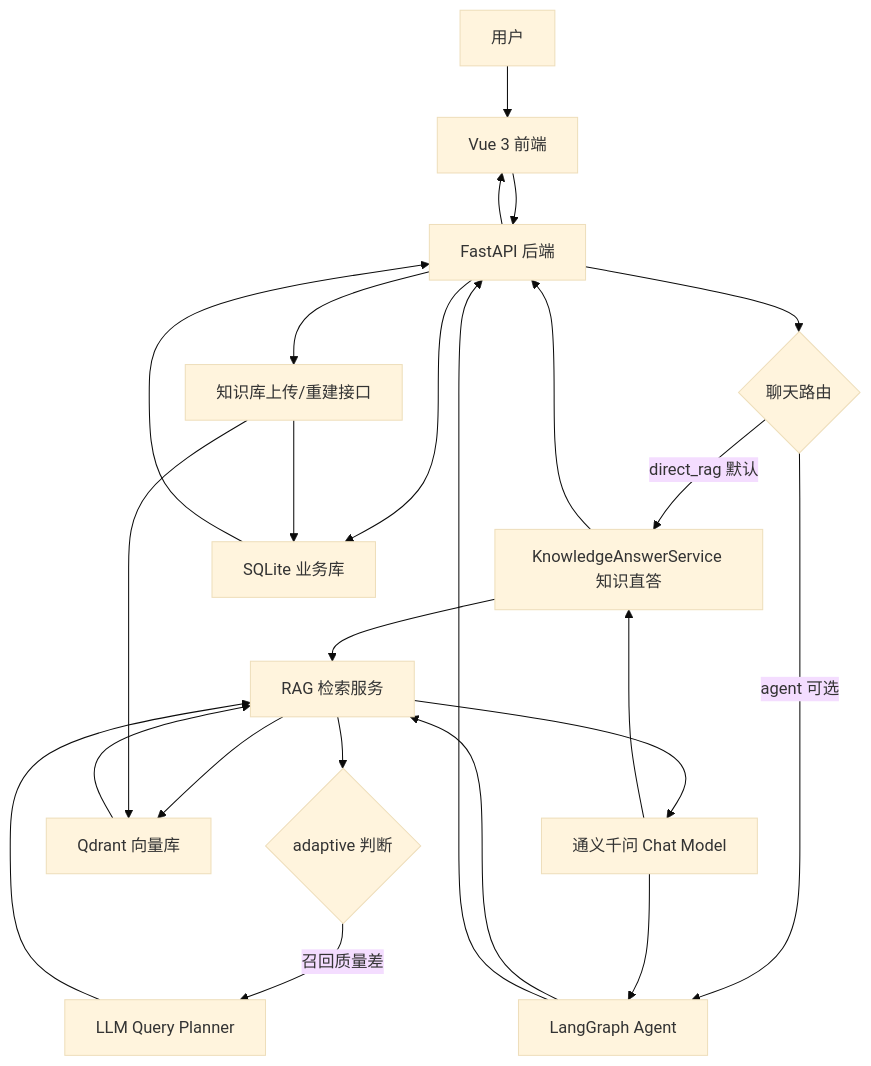
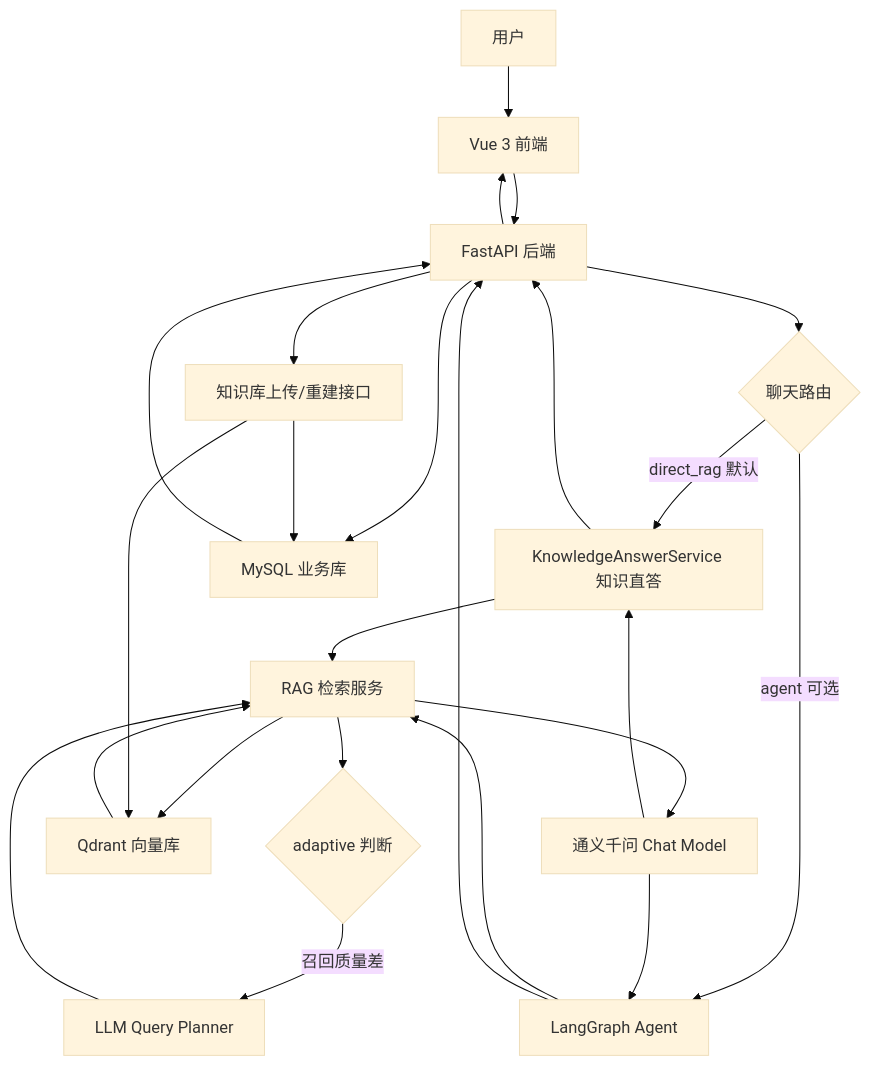
One commit to chen-liang-22/AI_RAG_Agent_Project changed the first of 3 diagrams in docs/ai_rag_agent_project_overall_design.md. Above: the diagram before and after it, drawn with Mermaid (base theme). The commit also changed other lines of this file and 40 other files, not shown here.

````diff
--- a/docs/ai_rag_agent_project_overall_design.md
+++ b/docs/ai_rag_agent_project_overall_design.md
@@ -55,30 +55,30 @@
 ```mermaid
 flowchart TD
     U["用户"] --> FE["Vue 3 前端"]
     FE --> API["FastAPI 后端"]
 
     API --> ROUTE{"聊天路由"}
     ROUTE -->|direct_rag 默认| KA["KnowledgeAnswerService 知识直答"]
     ROUTE -->|agent 可选| CHAT["LangGraph Agent"]
     KA --> RAG["RAG 检索服务"]
     CHAT --> RAG
     RAG --> PLAN{"adaptive 判断"}
     PLAN -->|召回质量差| QP["LLM Query Planner"]
     QP --> RAG
 
     RAG --> QD["Qdrant 向量库"]
     RAG --> LLM["通义千问 Chat Model"]
-    API --> DB["SQLite 业务库"]
+    API --> DB["MySQL 业务库"]
 
     API --> UPLOAD["知识库上传/重建接口"]
     UPLOAD --> QD
     UPLOAD --> DB
 
     QD --> RAG
     DB --> API
     LLM --> KA
     LLM --> CHAT
     KA --> API
     CHAT --> API
     API --> FE
 ```
````
